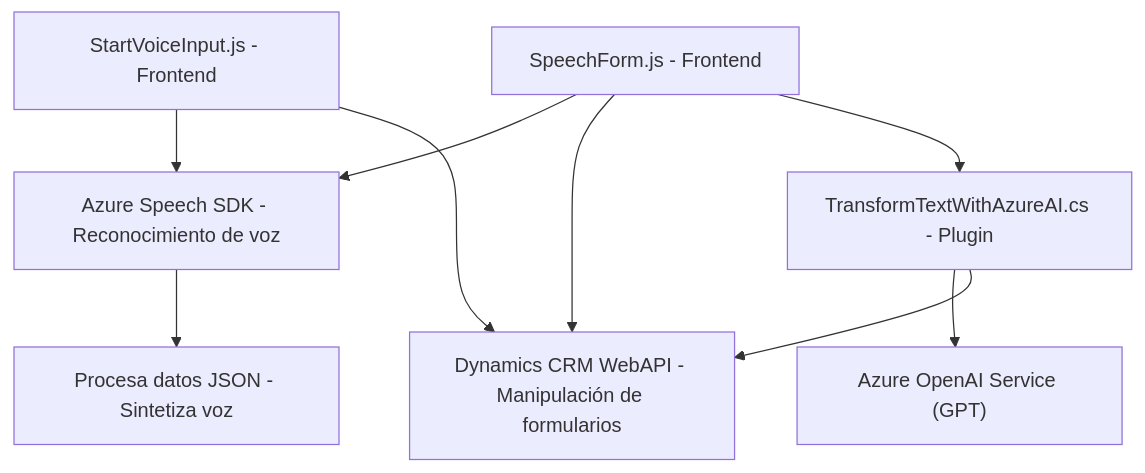
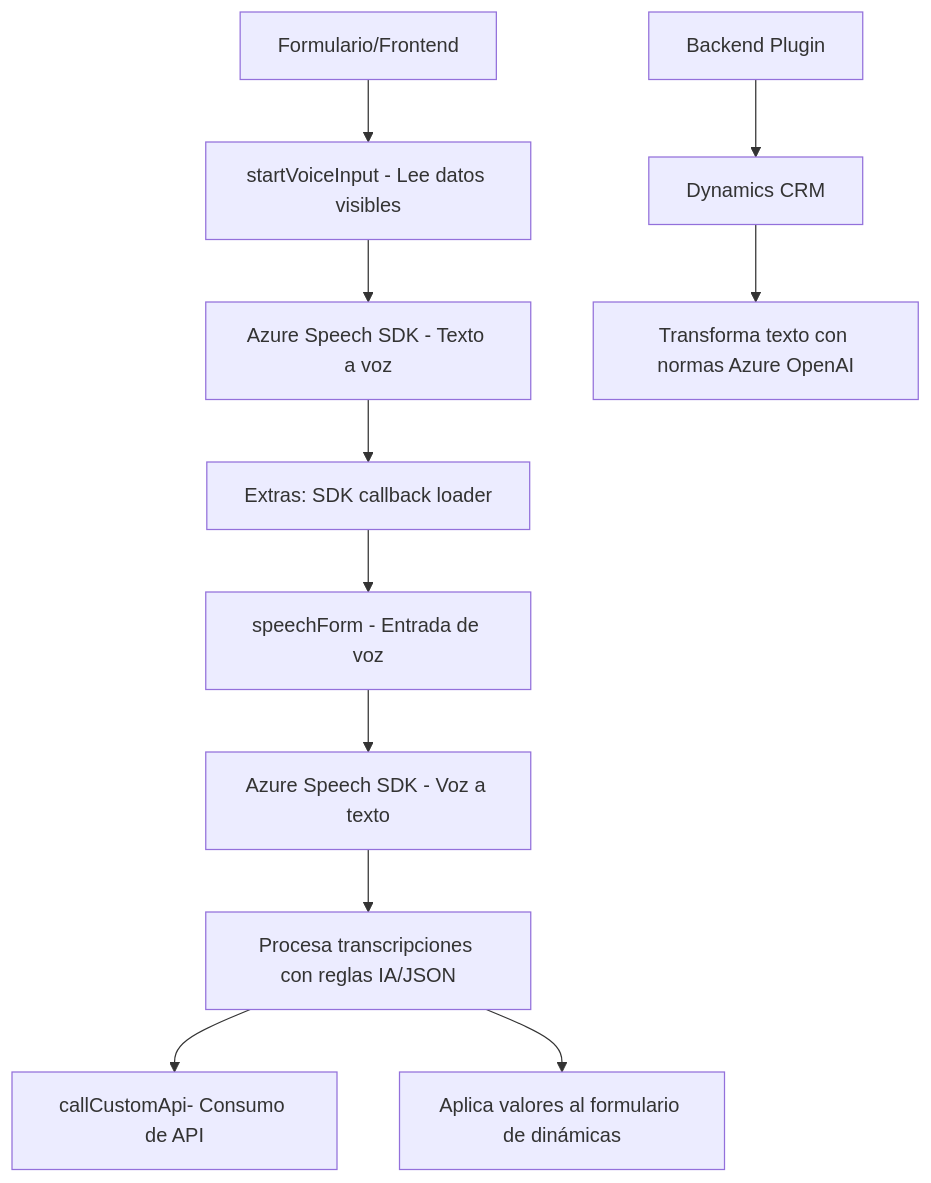
One commit to blopezdm/NETCORE_BILBAO2025 changed the diagram in README.md. Above: the diagram before and after it, drawn with Mermaid. The commit also changed other lines of this file, not shown here.

Commit message:
Actualizar análisis global de la solución con IA

````diff
--- a/README.md
+++ b/README.md
@@ -46,14 +38,14 @@
 ```mermaid
 graph TD
-    A["StartVoiceInput.js - Frontend"] --> B["Azure Speech SDK - Reconocimiento de voz"]
-    B --> C["Procesa datos JSON - Sintetiza voz"]
+    A["Formulario/Frontend"] --> B["startVoiceInput - Lee datos visibles"]
+    B --> C["Azure Speech SDK - Texto a voz"]
+    C --> D["Extras: SDK callback loader"]
 
-    D["SpeechForm.js - Frontend"] --> B
-    D --> F["Dynamics CRM WebAPI - Manipulación de formularios"]
+    D --> E["speechForm - Entrada de voz"]
+    E --> F["Azure Speech SDK - Voz a texto"]
+    F --> G["Procesa transcripciones con reglas IA/JSON"]
+    G --> H["callCustomApi- Consumo de API"]
+    G --> I["Aplica valores al formulario de dinámicas"]
 
-    G["TransformTextWithAzureAI.cs - Plugin"] --> H["Azure OpenAI Service (GPT)"]
-    G --> F
-
-    A --> F
-    D --> G
+    J["Backend Plugin"] --> K["Dynamics CRM"] --> L["Transforma texto con normas Azure OpenAI"]
 ```
````
